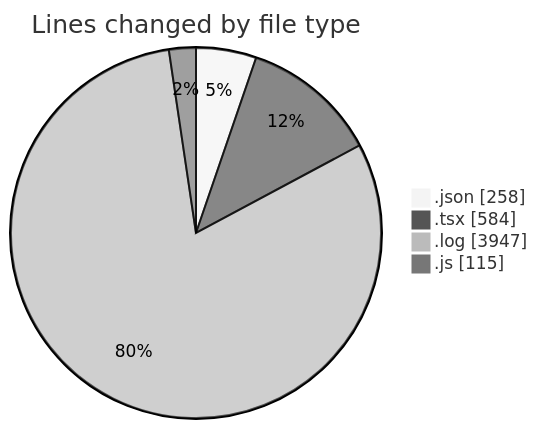
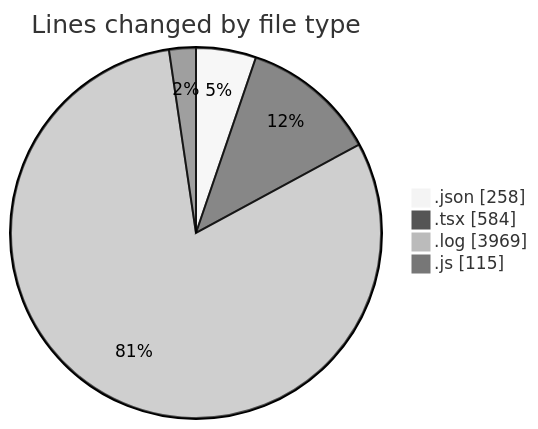
One commit to momahboobian/code-tracking changed the first of 2 diagrams in 2026-03-24/cda/README.md. Above: the diagram before and after it, drawn with Mermaid (neutral theme). The commit also changed other lines of this file and 1 other file, not shown here.

````diff
--- a/2026-03-24/cda/README.md
+++ b/2026-03-24/cda/README.md
@@ -27,8 +27,8 @@
 ```mermaid
 pie showData
 title Lines changed by file type
 ".json" : 258
 ".tsx" : 584
-".log" : 3947
+".log" : 3969
 ".js" : 115
 ```
````
